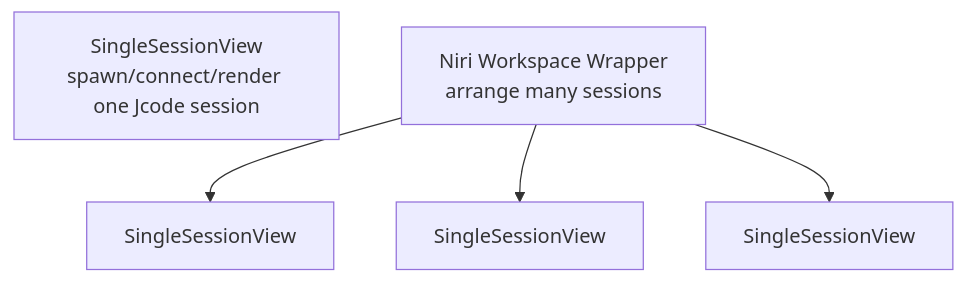
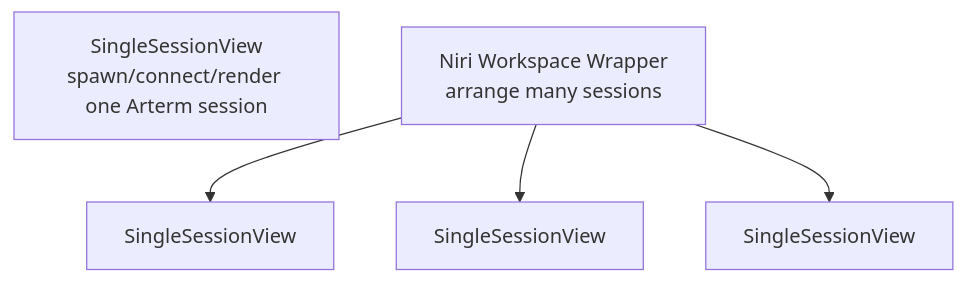
The diagram in rust/docs/DESKTOP_SINGLE_SESSION_DESIGN.md (Arclude/Arterm-CLI), drawn with Mermaid before and after one commit. The commit also changed other lines of this file and 2555 other files, not shown here.

First line of the commit message:
rebrand: jcode -> Arterm across the forked tree

````diff
--- a/rust/docs/DESKTOP_SINGLE_SESSION_DESIGN.md
+++ b/rust/docs/DESKTOP_SINGLE_SESSION_DESIGN.md
@@ -11,12 +11,12 @@
 ```mermaid
 flowchart TD
-    SingleSession[SingleSessionView\nspawn/connect/render one Jcode session]
+    SingleSession[SingleSessionView\nspawn/connect/render one Arterm session]
     Workspace[Niri Workspace Wrapper\narrange many sessions]
     SessionA[SingleSessionView]
     SessionB[SingleSessionView]
     SessionC[SingleSessionView]
 
     Workspace --> SessionA
     Workspace --> SessionB
     Workspace --> SessionC
 ```
````
